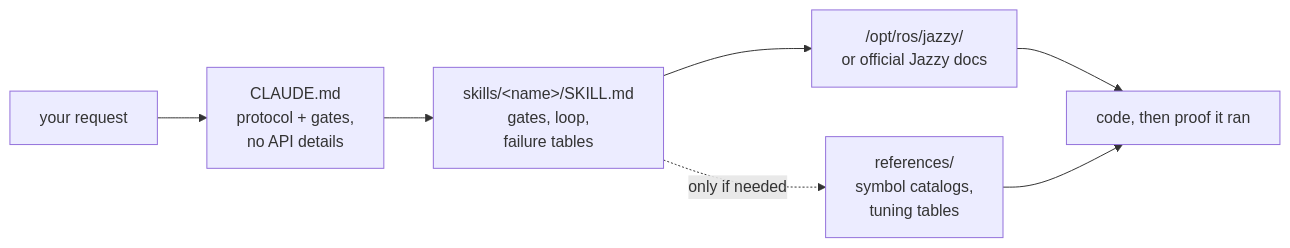
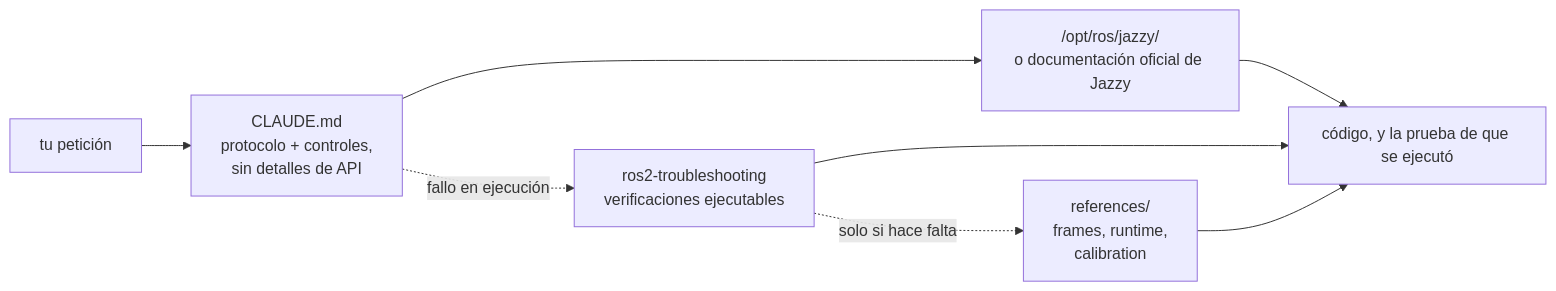
Before and after one commit to Leehyunbin0131/claude-ros2-skills: the diagram in README.es.md, drawn with Mermaid. The commit also changed other lines of this file and 6 other files, not shown here.

````diff
--- a/README.es.md
+++ b/README.es.md
@@ -147,9 +164,10 @@
 ```mermaid
 flowchart LR
-    A["your request"] --> B["CLAUDE.md<br/>protocol + gates,<br/>no API details"]
-    B --> C["skills/&lt;name&gt;/SKILL.md<br/>gates, loop,<br/>failure tables"]
-    C --> D["/opt/ros/jazzy/<br/>or official Jazzy docs"]
-    C -.only if needed.-> R["references/<br/>symbol catalogs,<br/>tuning tables"]
-    D --> E["code, then proof it ran"]
+    A["tu petición"] --> B["CLAUDE.md<br/>protocolo + controles,<br/>sin detalles de API"]
+    B --> D["/opt/ros/jazzy/<br/>o documentación oficial de Jazzy"]
+    B -.fallo en ejecución.-> C["ros2-troubleshooting<br/>verificaciones ejecutables"]
+    C -.solo si hace falta.-> R["references/<br/>frames, runtime,<br/>calibration"]
+    D --> E["código, y la prueba de que se ejecutó"]
+    C --> E
     R --> E
 ```
````
